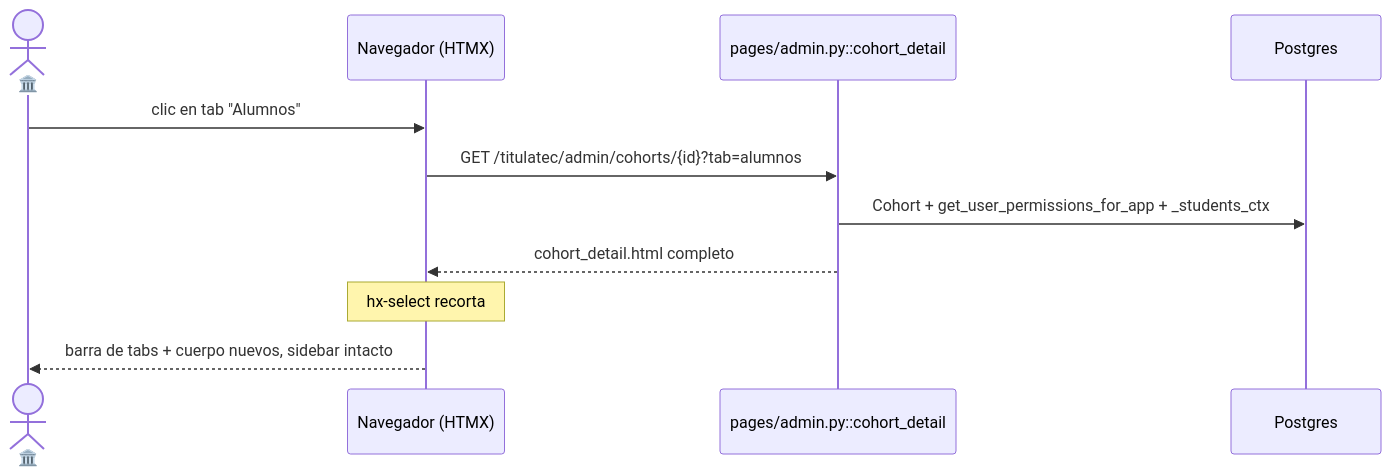
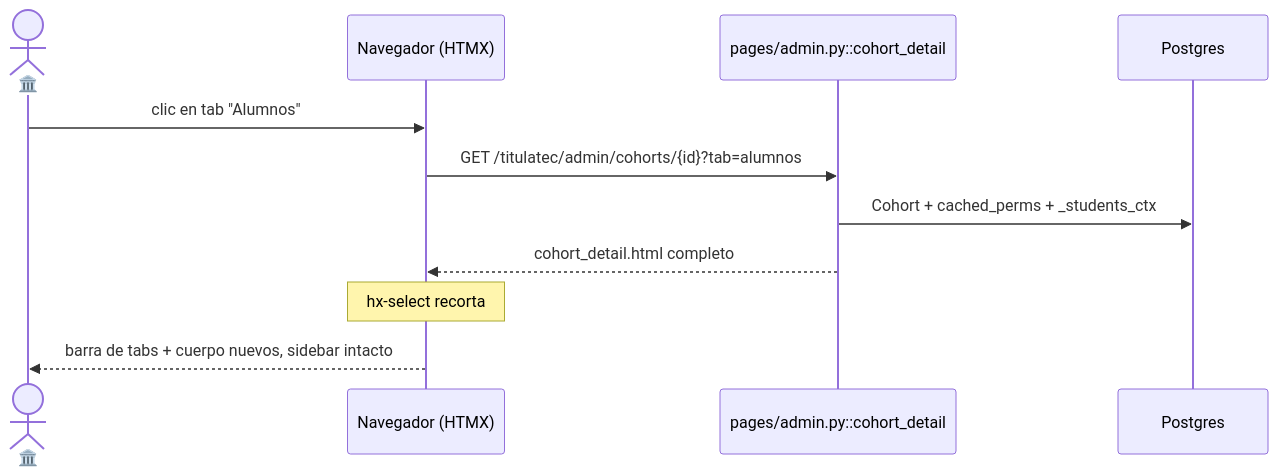
Before and after one commit to Erne1357/itcj: the diagram in itcj2/apps/titulatec/docs/flows/phase0_school_services_cohort_detail.md, drawn with Mermaid. The commit also changed other lines of this file and 13 other files, not shown here.

````diff
--- a/itcj2/apps/titulatec/docs/flows/phase0_school_services_cohort_detail.md
+++ b/itcj2/apps/titulatec/docs/flows/phase0_school_services_cohort_detail.md
@@ -59,13 +59,13 @@
 ```mermaid
 sequenceDiagram
     actor S as 🏛️
     participant FE as Navegador (HTMX)
     participant API as pages/admin.py::cohort_detail
     participant DB as Postgres
     S->>FE: clic en tab "Alumnos"
     FE->>API: GET /titulatec/admin/cohorts/{id}?tab=alumnos
-    API->>DB: Cohort + get_user_permissions_for_app + _students_ctx
+    API->>DB: Cohort + cached_perms + _students_ctx
     API-->>FE: cohort_detail.html completo
     Note over FE: hx-select recorta #cohort-pane · outerHTML · push-url
     FE-->>S: barra de tabs + cuerpo nuevos, sidebar intacto
 ```
````
